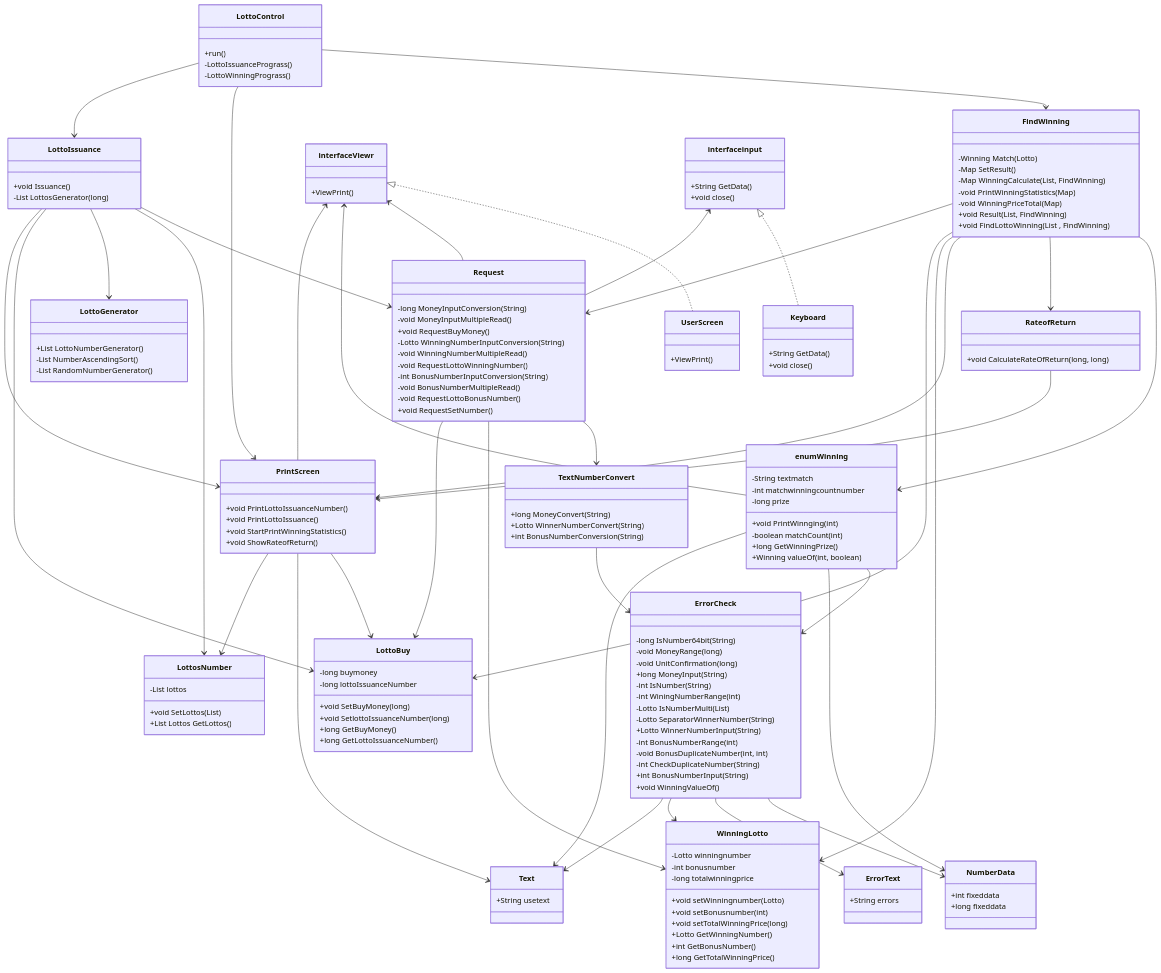
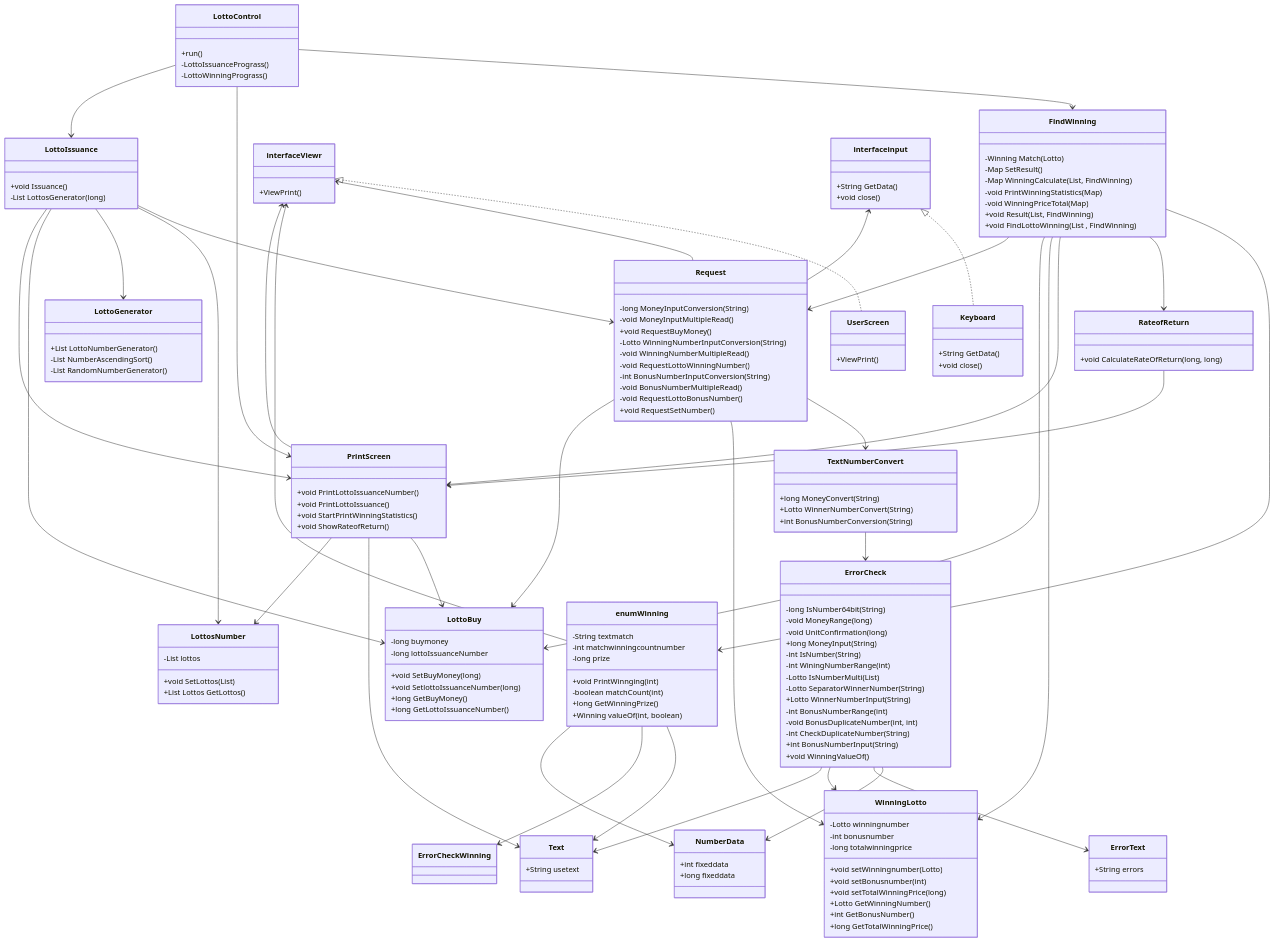
The second of 2 diagrams in docs/README.md (woowacourse-precourse/java-lotto-6), drawn with Mermaid before and after one commit. The commit also changed other lines of this file, not shown here.

Commit message:
클래스 다이어그램 오류 수정 실패 -> 수정 예정 링크 오류 수정 완료

```diff
--- a/docs/README.md
+++ b/docs/README.md
@@ -267,19 +267,19 @@
     FindWinning --> PrintScreen
     FindWinning --> RateofReturn
     RateofReturn --> PrintScreen
-    FindWinning --> enum Winning
-    enum Winning-->Text
-    enum Winning-->NumberData
-    enum Winning-->ErrorCheck
+    FindWinning --> enumWinning
+    enumWinning-->NumberData
+    enumWinning-->ErrorCheckWinning
+    enumWinning-->Text
     ErrorCheck-->Text
     ErrorCheck-->WinningLotto
     ErrorCheck-->ErrorText
     ErrorCheck-->NumberData
     TextNumberConvert-->ErrorCheck
-    interface Viewr<--PrintScreen
-    interface Viewr<--enum Winning
-    interface Viewr<--Request
-    interface input<--Request
+    interfaceViewr<--PrintScreen
+    interfaceViewr<--enumWinning
+    interfaceViewr<--Request
+    interfaceinput<--Request
 
 class LottoIssuance{
 +void Issuance()
@@ -351,7 +351,7 @@
 +int BonusNumberConversion(String)
 }
 
-class enum Winning{
+class enumWinning{
 -String textmatch
 -int matchwinningcountnumber
 -long prize
@@ -399,19 +399,19 @@
 }
 
 
-class interface Viewr{
+class interfaceViewr{
 +ViewPrint()
 }
-interface Viewr<|.. UserScreen
+interfaceViewr<|.. UserScreen
 class UserScreen{
 +ViewPrint()
 }
 
-class interface input{
+class interfaceinput{
 +String GetData()
 +void close()
 }
-interface input<|.. Keyboard
+interfaceinput<|.. Keyboard
 class Keyboard{
 +String GetData()
 +void close()
```
